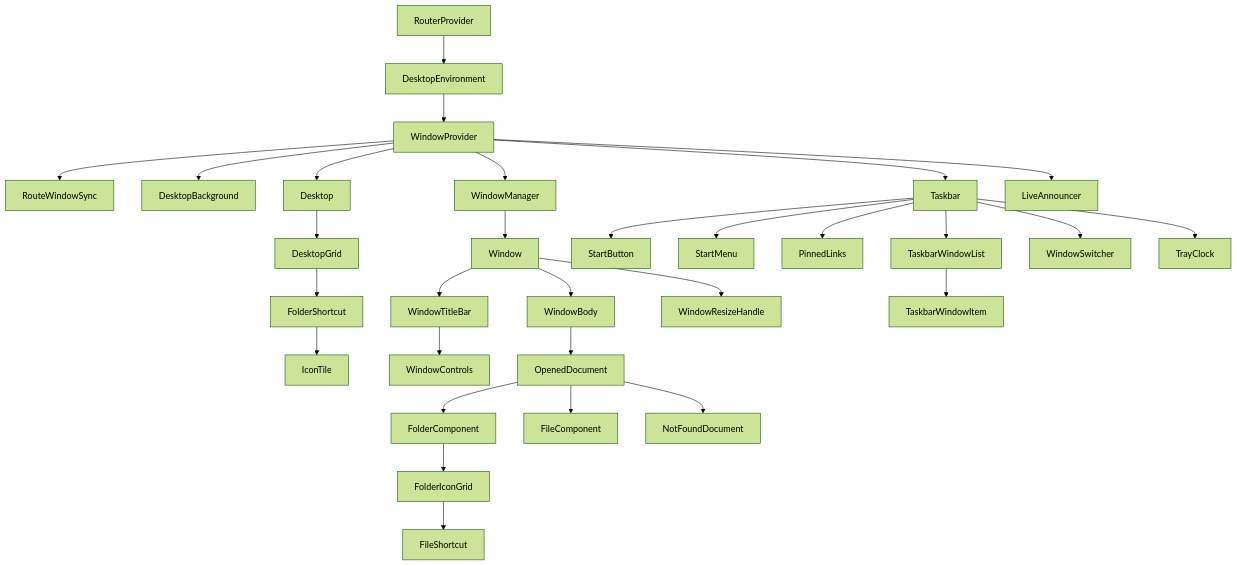
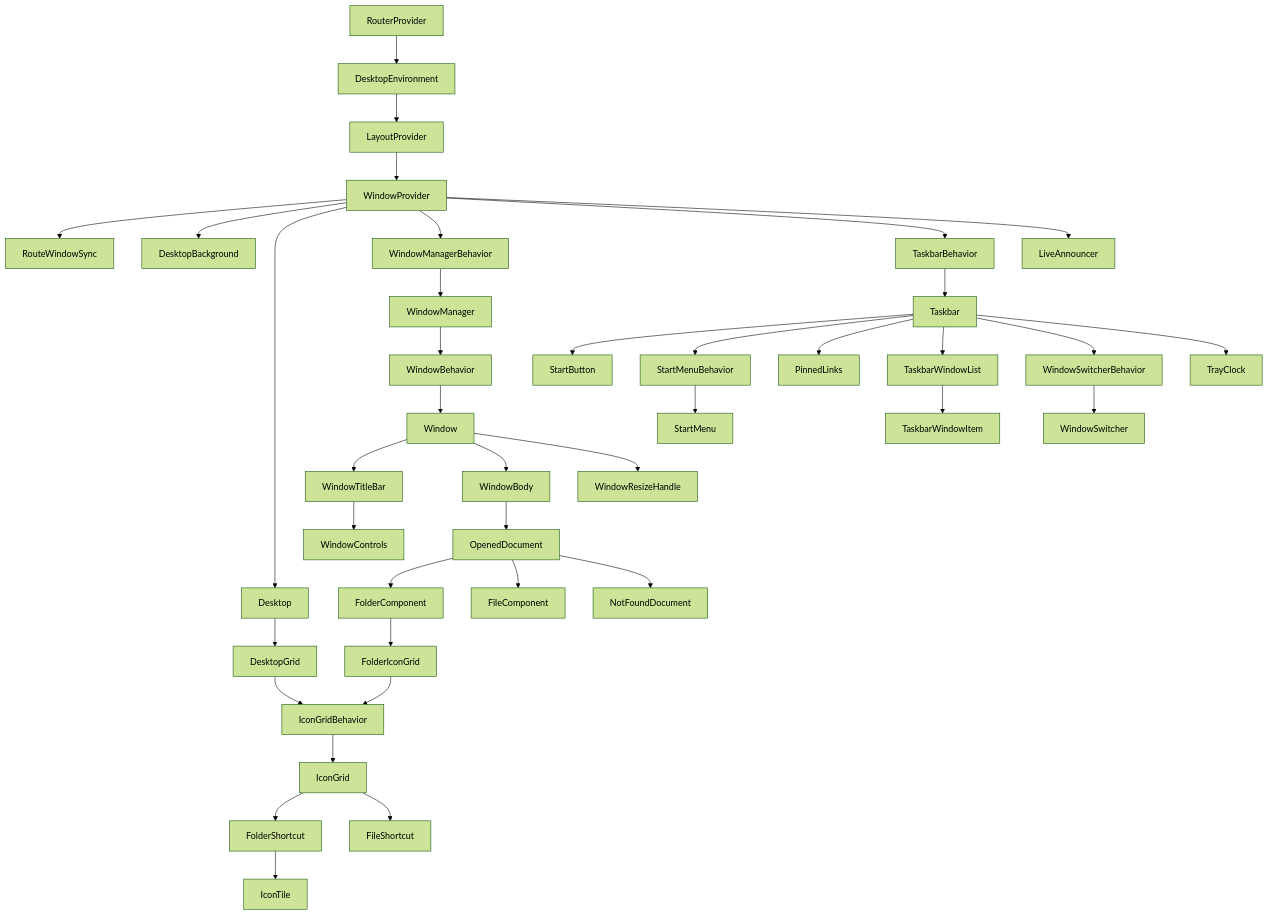
Before and after one commit to Levy4380/Portfolio: the first of 3 diagrams in design.md, drawn with Mermaid (forest theme). The commit also changed other lines of this file, not shown here.

Commit message:
Update the design spec for the menu bar, type, and window chrome.

````diff
--- a/design.md
+++ b/design.md
@@ -328,32 +334,41 @@
 ```mermaid
 flowchart TD
   RouterProvider --> DesktopEnvironment
-  DesktopEnvironment --> WindowProvider
+  DesktopEnvironment --> LayoutProvider
+  LayoutProvider --> WindowProvider
   WindowProvider --> RouteWindowSync
   WindowProvider --> DesktopBackground
   WindowProvider --> Desktop
-  WindowProvider --> WindowManager
-  WindowProvider --> Taskbar
+  WindowProvider --> WindowManagerBehavior
+  WindowProvider --> TaskbarBehavior
   WindowProvider --> LiveAnnouncer
   Desktop --> DesktopGrid
-  DesktopGrid --> FolderShortcut
+  DesktopGrid --> IconGridBehavior
+  IconGridBehavior --> IconGrid
+  IconGrid --> FolderShortcut
+  IconGrid --> FileShortcut
   FolderShortcut --> IconTile
-  WindowManager --> Window
+  WindowManagerBehavior --> WindowManager
+  WindowManager --> WindowBehavior
+  WindowBehavior --> Window
   Window --> WindowTitleBar
   WindowTitleBar --> WindowControls
   Window --> WindowBody
   Window --> WindowResizeHandle
   WindowBody --> OpenedDocument
   OpenedDocument --> FolderComponent
   OpenedDocument --> FileComponent
   OpenedDocument --> NotFoundDocument
   FolderComponent --> FolderIconGrid
-  FolderIconGrid --> FileShortcut
+  FolderIconGrid --> IconGridBehavior
+  TaskbarBehavior --> Taskbar
   Taskbar --> StartButton
-  Taskbar --> StartMenu
+  Taskbar --> StartMenuBehavior
+  StartMenuBehavior --> StartMenu
   Taskbar --> PinnedLinks
   Taskbar --> TaskbarWindowList
   TaskbarWindowList --> TaskbarWindowItem
-  Taskbar --> WindowSwitcher
+  Taskbar --> WindowSwitcherBehavior
+  WindowSwitcherBehavior --> WindowSwitcher
   Taskbar --> TrayClock
 ```
````
